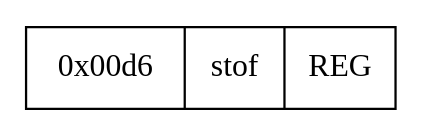
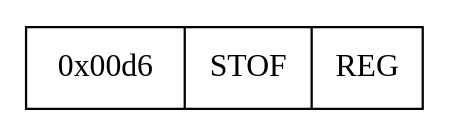
The diagram in docs/books/crexx_vm_spec/0x00d6.gv (adesutherland/CREXX), drawn with Graphviz before and after one commit. The commit also changed 528 other files, not shown here.

```diff
--- a/docs/books/crexx_vm_spec/0x00d6.gv
+++ b/docs/books/crexx_vm_spec/0x00d6.gv
@@ -1,4 +1,4 @@
 digraph regs {
 node[shape=record]
-struct1 [label="0x00d6|stof       |   REG                 "];
+struct1 [label="0x00d6|STOF       |   REG                 "];
 }
```
